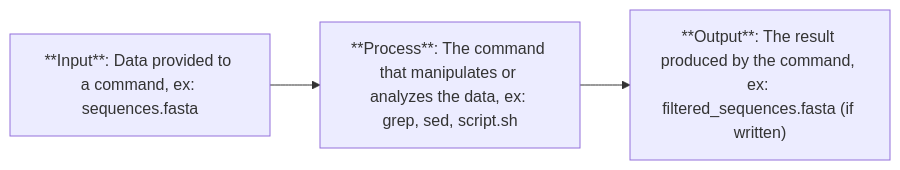
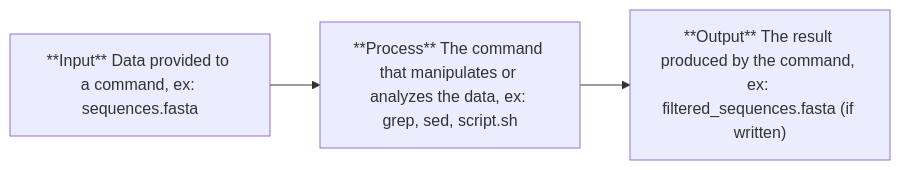
Before and after one commit to n2bin-GU/BIO511-2026: the diagram in practicals/Practicals - CLI/PRACTICAL_INTRO_TO_COMMAND_LINE.qmd, drawn with Mermaid. The commit also changed 8 other files, not shown here.

````diff
--- a/practicals/Practicals - CLI/PRACTICAL_INTRO_TO_COMMAND_LINE.qmd
+++ b/practicals/Practicals - CLI/PRACTICAL_INTRO_TO_COMMAND_LINE.qmd
@@ -378,9 +378,9 @@
 ```{mermaid}
 flowchart LR
-    A["**Input**: Data provided to a command, ex: sequences.fasta"]
-    B["**Process**: The command that manipulates or analyzes the data, ex: grep, sed, script.sh"]
-    C["**Output**: The result produced by the command, ex: filtered_sequences.fasta (if written)"]
+    A["**Input** Data provided to a command, ex: sequences.fasta"]
+    B["**Process** The command that manipulates or analyzes the data, ex: grep, sed, script.sh"]
+    C["**Output** The result produced by the command, ex: filtered_sequences.fasta (if written)"]
 
     A --> B
     B --> C
 ```
````
